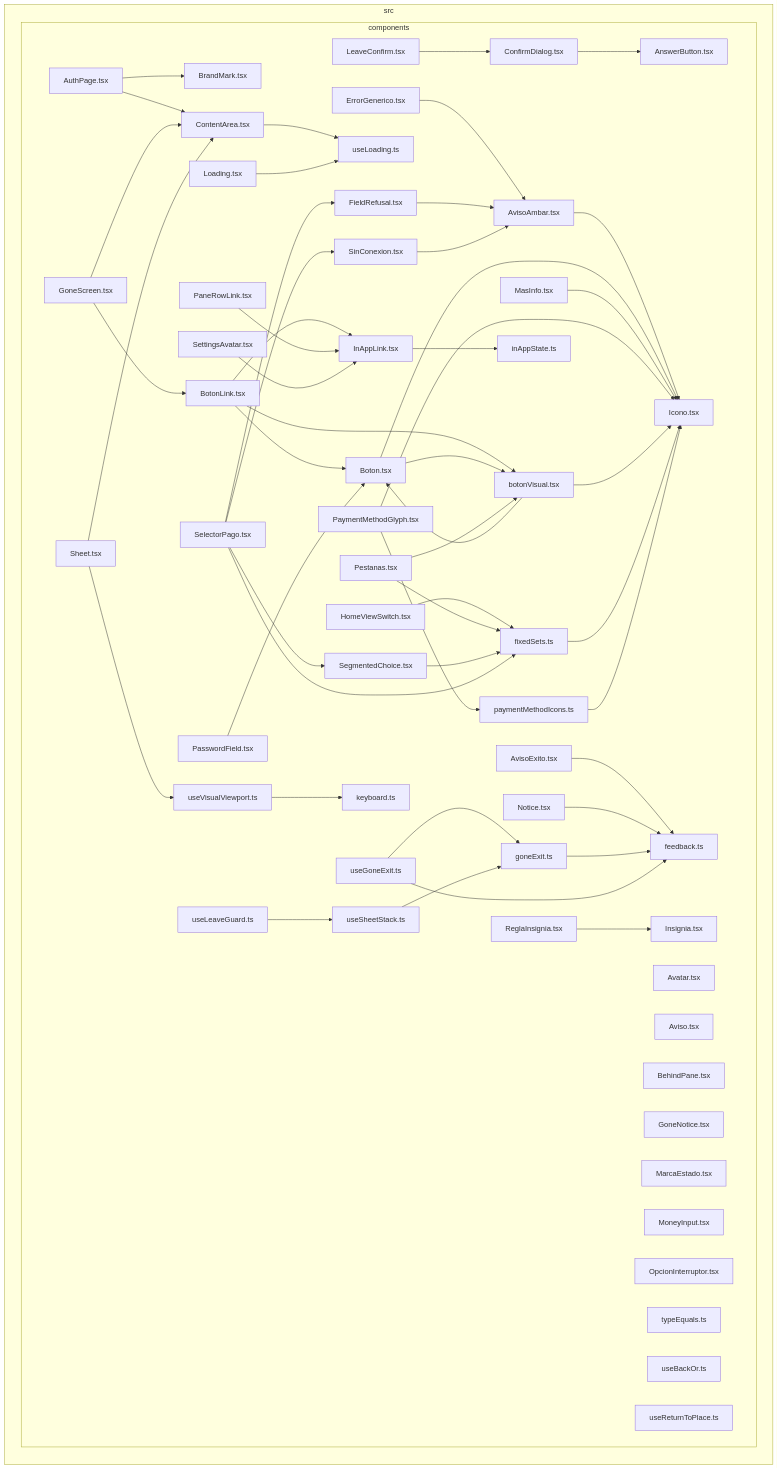
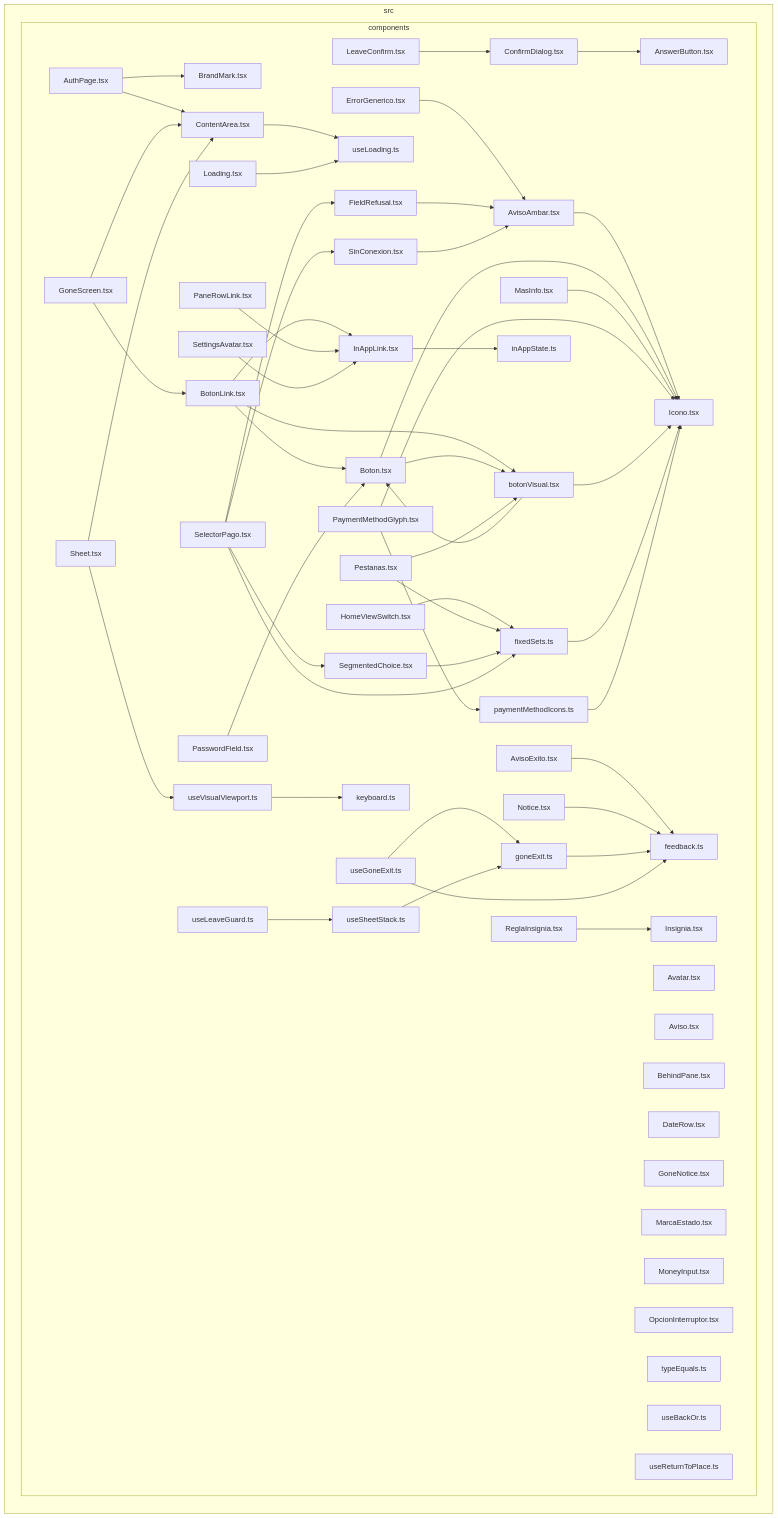
One commit to GonzaloZevallos/apostrophe changed the diagram in docs/architecture/generated/front-modules/components.md. Above: the diagram before and after it, drawn with Mermaid.

Commit message:
chore(docs): regenerate [skip ci]

```diff
--- a/docs/architecture/generated/front-modules/components.md
+++ b/docs/architecture/generated/front-modules/components.md
@@ -20,6 +20,7 @@
     src_components_BrandMark_tsx["BrandMark.tsx"]
     src_components_ConfirmDialog_tsx["ConfirmDialog.tsx"]
     src_components_ContentArea_tsx["ContentArea.tsx"]
+    src_components_DateRow_tsx["DateRow.tsx"]
     src_components_ErrorGenerico_tsx["ErrorGenerico.tsx"]
     src_components_FieldRefusal_tsx["FieldRefusal.tsx"]
     src_components_GoneNotice_tsx["GoneNotice.tsx"]
```
